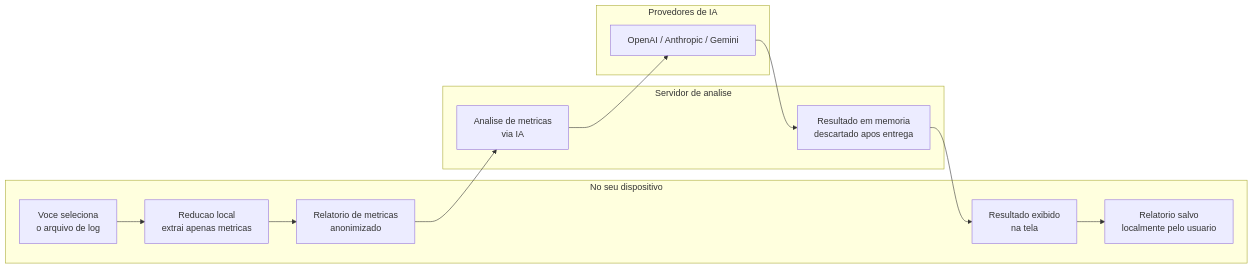
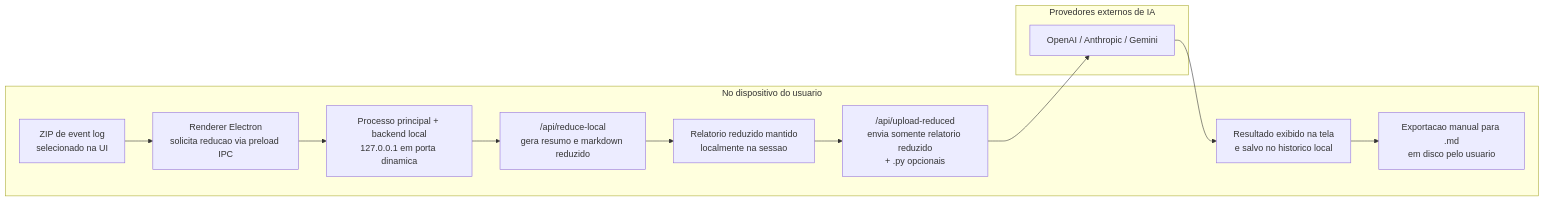
The diagram in apps/desktop/renderer/features/spark-analyzer/docs/01-diagrama-arquitetura-privacidade.md (alexvalsechi/spark-log-analyzer), drawn with Mermaid before and after one commit. The commit also changed other lines of this file and 13 other files, not shown here.

````diff
--- a/apps/desktop/renderer/features/spark-analyzer/docs/01-diagrama-arquitetura-privacidade.md
+++ b/apps/desktop/renderer/features/spark-analyzer/docs/01-diagrama-arquitetura-privacidade.md
@@ -5,27 +5,19 @@
 ```mermaid
 flowchart LR
-    subgraph seu_dispositivo["No seu dispositivo"]
-        A["Voce seleciona<br/>o arquivo de log"]
-        B["Reducao local<br/>extrai apenas metricas"]
-        C["Relatorio de metricas<br/>anonimizado"]
-        D["Resultado exibido<br/>na tela"]
-        E["Relatorio salvo<br/>localmente pelo usuario"]
+    subgraph device["No dispositivo do usuario"]
+        A["ZIP de event log<br/>selecionado na UI"]
+        B["Renderer Electron<br/>solicita reducao via preload IPC"]
+        C["Processo principal + backend local<br/>127.0.0.1 em porta dinamica"]
+        D["/api/reduce-local<br/>gera resumo e markdown reduzido"]
+        E["Relatorio reduzido mantido<br/>localmente na sessao"]
+        F["/api/upload-reduced<br/>envia somente relatorio reduzido<br/>+ .py opcionais"]
+        G["Resultado exibido na tela<br/>e salvo no historico local"]
+        H["Exportacao manual para .md<br/>em disco pelo usuario"]
     end
 
-    subgraph servidor["Servidor de analise"]
-        F["Analise de metricas<br/>via IA"]
-        G["Resultado em memoria<br/>descartado apos entrega"]
+    subgraph llm["Provedores externos de IA"]
+        I["OpenAI / Anthropic / Gemini"]
     end
 
-    subgraph ia_externa["Provedores de IA"]
-        H["OpenAI / Anthropic / Gemini"]
-    end
-
-    A --> B
-    B --> C
-    C --> F
-    F --> H
-    H --> G
-    G --> D
-    D --> E
+    A --> B --> C --> D --> E --> F --> I --> G --> H
 ```
````
